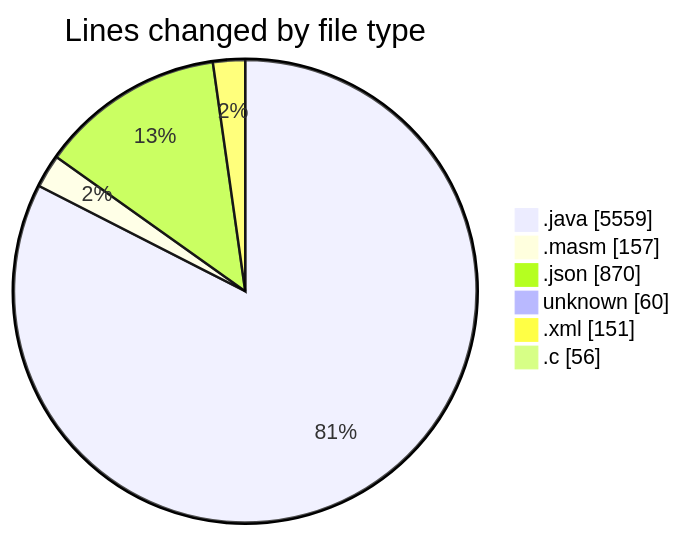
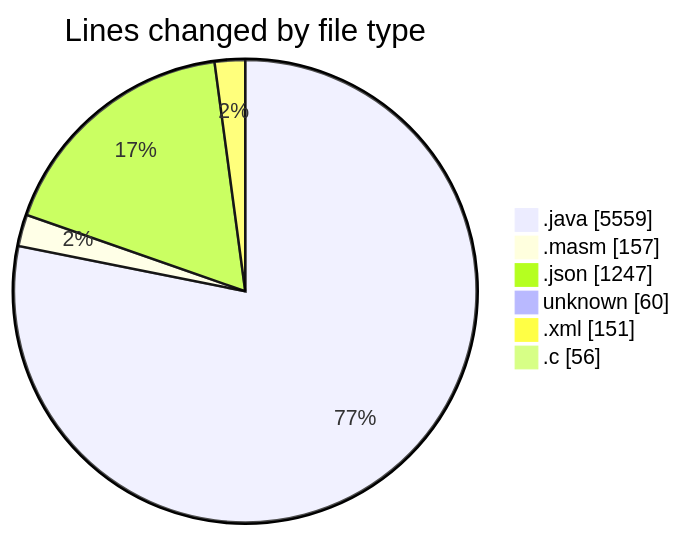
Before and after one commit to charlie-sans/code-tracking: the first of 2 diagrams in 2025-02-19/masm/README.md, drawn with Mermaid. The commit also changed other lines of this file and 1 other file, not shown here.

````diff
--- a/2025-02-19/masm/README.md
+++ b/2025-02-19/masm/README.md
@@ -44,10 +44,10 @@
 ```mermaid
 pie showData
 title Lines changed by file type
 ".java" : 5559
 ".masm" : 157
-".json" : 870
+".json" : 1247
 "unknown" : 60
 ".xml" : 151
 ".c" : 56
 ```
````
